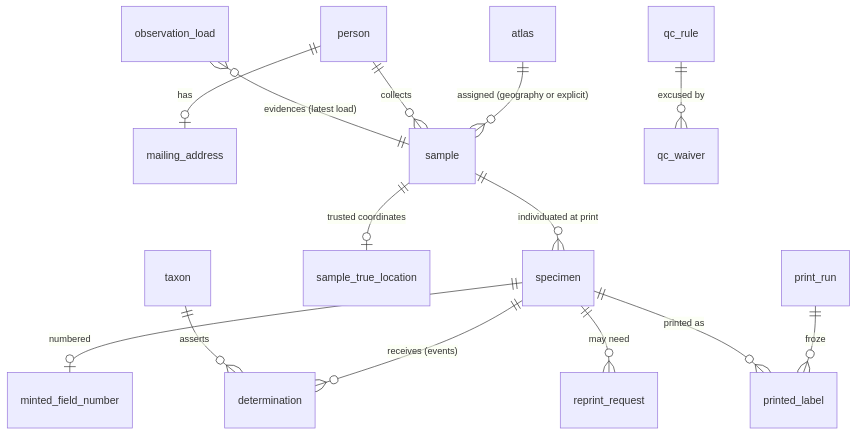
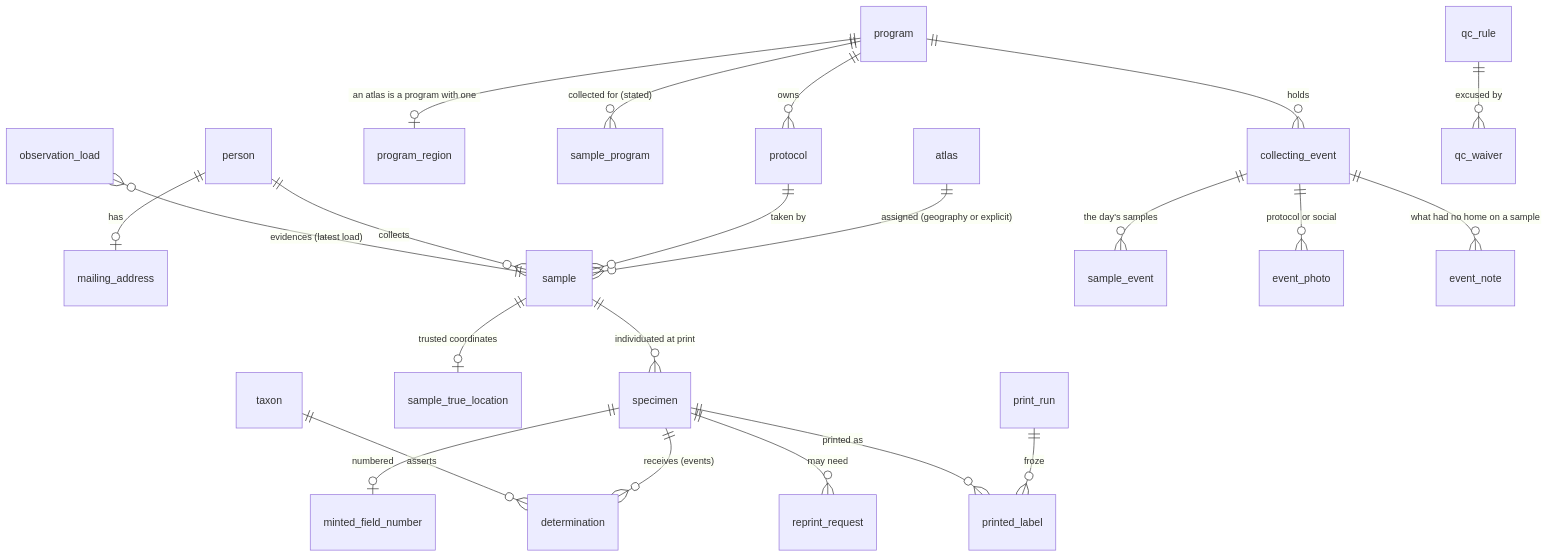
The diagram in docs/schema-sketch.md (rainhead/beeline), drawn with Mermaid before and after one commit. The commit also changed other lines of this file and 4 other files, not shown here.

````diff
--- a/docs/schema-sketch.md
+++ b/docs/schema-sketch.md
@@ -15,16 +15,24 @@
 ```mermaid
 erDiagram
     person ||--o| mailing_address : "has"
     atlas ||--o{ sample : "assigned (geography or explicit)"
+    program ||--o| program_region : "an atlas is a program with one"
+    program ||--o{ sample_program : "collected for (stated)"
+    program ||--o{ protocol : "owns"
+    program ||--o{ collecting_event : "holds"
+    protocol ||--o{ sample : "taken by"
+    collecting_event ||--o{ sample_event : "the day's samples"
+    collecting_event ||--o{ event_photo : "protocol or social"
+    collecting_event ||--o{ event_note : "what had no home on a sample"
     person ||--o{ sample : "collects"
     sample ||--o{ specimen : "individuated at print"
     sample ||--o| sample_true_location : "trusted coordinates"
     observation_load }o--|| sample : "evidences (latest load)"
     specimen ||--o{ determination : "receives (events)"
     taxon ||--o{ determination : "asserts"
     specimen ||--o| minted_field_number : "numbered"
     print_run ||--o{ printed_label : "froze"
     specimen ||--o{ printed_label : "printed as"
     specimen ||--o{ reprint_request : "may need"
     qc_rule ||--o{ qc_waiver : "excused by"
 ```
````
